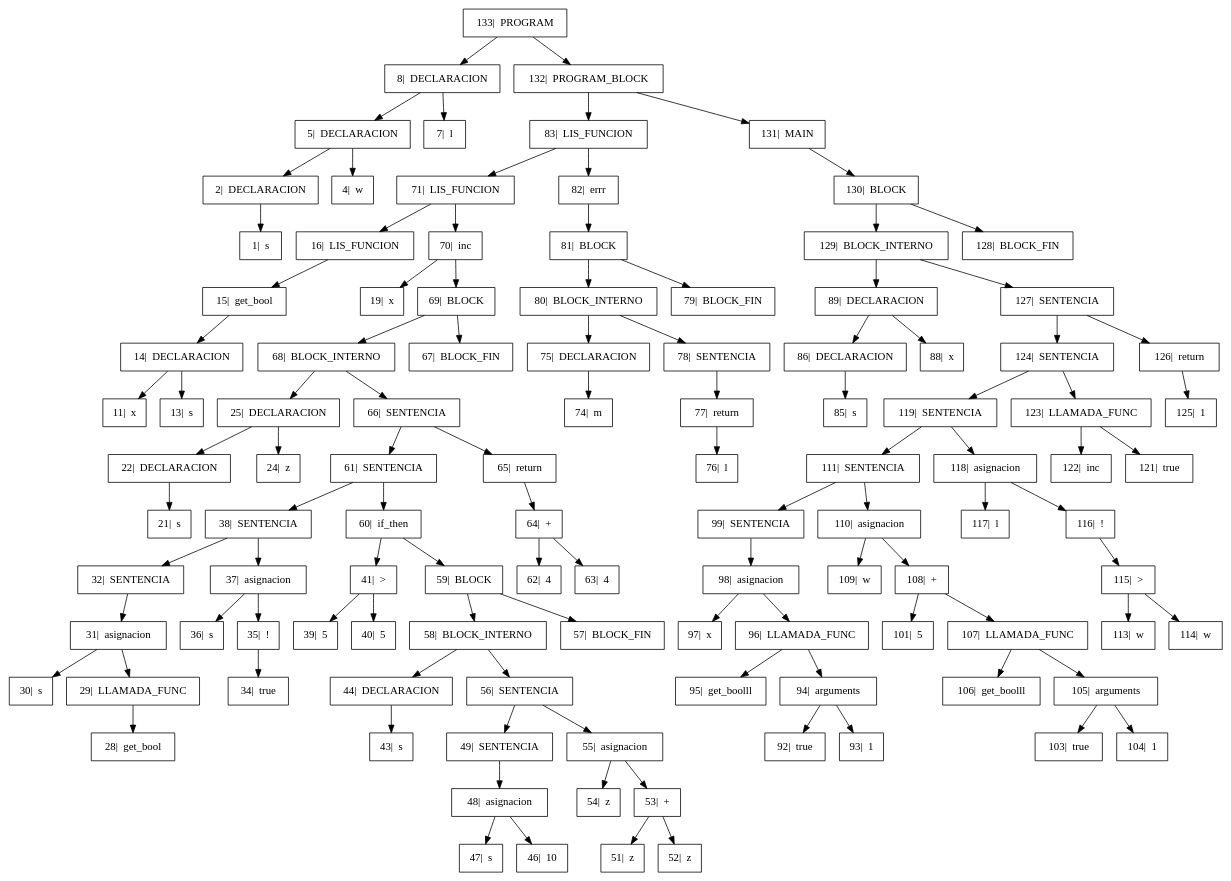
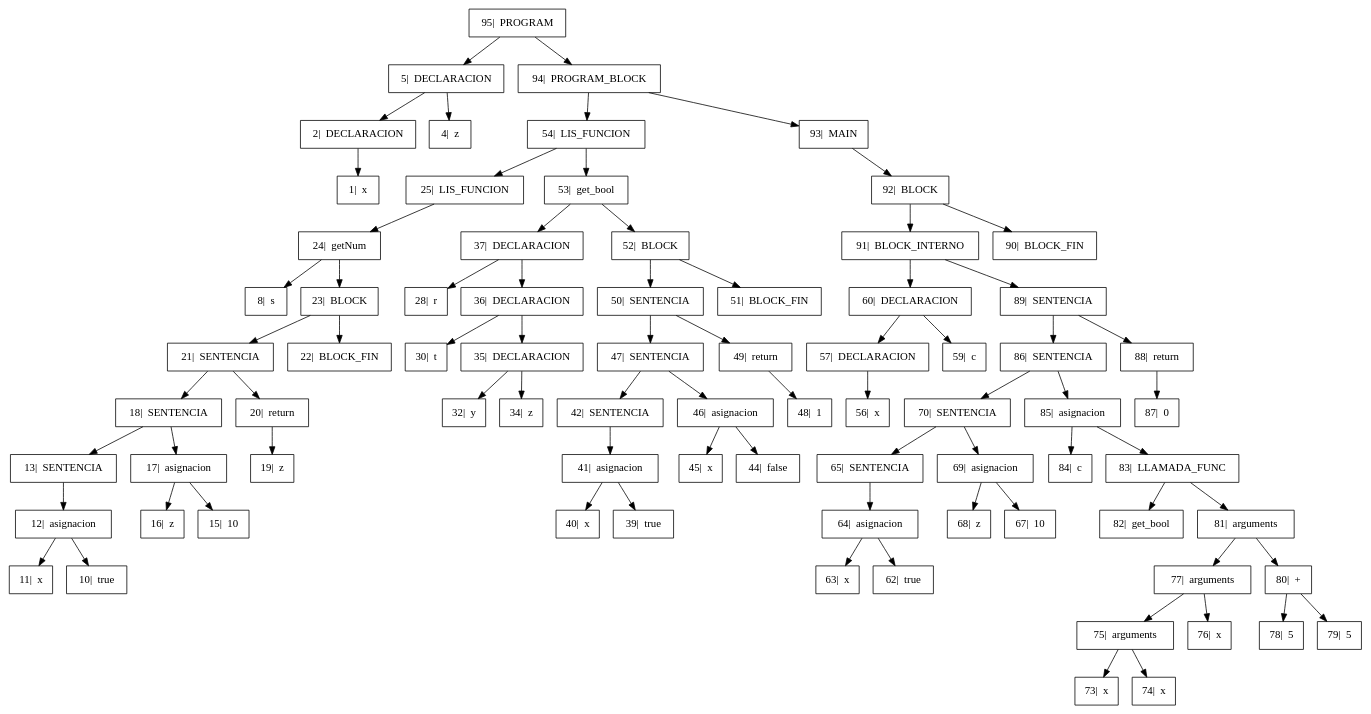
Before and after one commit to GiovA07/PRE-PROYECTO-COMPILADORES: the diagram in Proyecto/output/Arbol.dot, drawn with Graphviz. The commit also changed 5 other files, not shown here.

```diff
--- a/Proyecto/output/Arbol.dot
+++ b/Proyecto/output/Arbol.dot
@@ -1,69 +1,49 @@
 digraph{
 
 rankdir=TB;
 
 node[shape=box];
-"133|  PROGRAM" -> "8|  DECLARACION", "132|  PROGRAM_BLOCK";
-"8|  DECLARACION" -> "5|  DECLARACION", "7|  l";
-"5|  DECLARACION" -> "2|  DECLARACION", "4|  w";
-"2|  DECLARACION" -> "1|  s" ;
-"132|  PROGRAM_BLOCK" -> "83|  LIS_FUNCION", "131|  MAIN";
-"83|  LIS_FUNCION" -> "71|  LIS_FUNCION", "82|  errr";
-"71|  LIS_FUNCION" -> "16|  LIS_FUNCION", "70|  inc";
-"16|  LIS_FUNCION" -> "15|  get_bool" ;
-"15|  get_bool" -> "14|  DECLARACION" ;
-"14|  DECLARACION" -> "11|  x", "13|  s";
-"70|  inc" -> "19|  x", "69|  BLOCK";
-"69|  BLOCK" -> "68|  BLOCK_INTERNO", "67|  BLOCK_FIN";
-"68|  BLOCK_INTERNO" -> "25|  DECLARACION", "66|  SENTENCIA";
-"25|  DECLARACION" -> "22|  DECLARACION", "24|  z";
-"22|  DECLARACION" -> "21|  s" ;
-"66|  SENTENCIA" -> "61|  SENTENCIA", "65|  return";
-"61|  SENTENCIA" -> "38|  SENTENCIA", "60|  if_then";
-"38|  SENTENCIA" -> "32|  SENTENCIA", "37|  asignacion";
-"32|  SENTENCIA" -> "31|  asignacion" ;
-"31|  asignacion" -> "30|  s", "29|  LLAMADA_FUNC";
-"29|  LLAMADA_FUNC" -> "28|  get_bool" ;
-"37|  asignacion" -> "36|  s", "35|  !";
-"35|  !" -> "34|  true" ;
-"60|  if_then" -> "41|  >", "59|  BLOCK";
-"41|  >" -> "39|  5", "40|  5";
-"59|  BLOCK" -> "58|  BLOCK_INTERNO", "57|  BLOCK_FIN";
-"58|  BLOCK_INTERNO" -> "44|  DECLARACION", "56|  SENTENCIA";
-"44|  DECLARACION" -> "43|  s" ;
-"56|  SENTENCIA" -> "49|  SENTENCIA", "55|  asignacion";
-"49|  SENTENCIA" -> "48|  asignacion" ;
-"48|  asignacion" -> "47|  s", "46|  10";
-"55|  asignacion" -> "54|  z", "53|  +";
-"53|  +" -> "51|  z", "52|  z";
-"65|  return" -> "64|  +" ;
-"64|  +" -> "62|  4", "63|  4";
-"82|  errr" -> "81|  BLOCK" ;
-"81|  BLOCK" -> "80|  BLOCK_INTERNO", "79|  BLOCK_FIN";
-"80|  BLOCK_INTERNO" -> "75|  DECLARACION", "78|  SENTENCIA";
-"75|  DECLARACION" -> "74|  m" ;
-"78|  SENTENCIA" -> "77|  return" ;
-"77|  return" -> "76|  l" ;
-"131|  MAIN" -> "130|  BLOCK" ;
-"130|  BLOCK" -> "129|  BLOCK_INTERNO", "128|  BLOCK_FIN";
-"129|  BLOCK_INTERNO" -> "89|  DECLARACION", "127|  SENTENCIA";
-"89|  DECLARACION" -> "86|  DECLARACION", "88|  x";
-"86|  DECLARACION" -> "85|  s" ;
-"127|  SENTENCIA" -> "124|  SENTENCIA", "126|  return";
-"124|  SENTENCIA" -> "119|  SENTENCIA", "123|  LLAMADA_FUNC";
-"119|  SENTENCIA" -> "111|  SENTENCIA", "118|  asignacion";
-"111|  SENTENCIA" -> "99|  SENTENCIA", "110|  asignacion";
-"99|  SENTENCIA" -> "98|  asignacion" ;
-"98|  asignacion" -> "97|  x", "96|  LLAMADA_FUNC";
-"96|  LLAMADA_FUNC" -> "95|  get_boolll", "94|  arguments";
-"94|  arguments" -> "92|  true", "93|  1";
-"110|  asignacion" -> "109|  w", "108|  +";
-"108|  +" -> "101|  5", "107|  LLAMADA_FUNC";
-"107|  LLAMADA_FUNC" -> "106|  get_boolll", "105|  arguments";
-"105|  arguments" -> "103|  true", "104|  1";
-"118|  asignacion" -> "117|  l", "116|  !";
-"116|  !" -> "115|  >" ;
-"115|  >" -> "113|  w", "114|  w";
-"123|  LLAMADA_FUNC" -> "122|  inc", "121|  true";
-"126|  return" -> "125|  1" ;
+"95|  PROGRAM" -> "5|  DECLARACION", "94|  PROGRAM_BLOCK";
+"5|  DECLARACION" -> "2|  DECLARACION", "4|  z";
+"2|  DECLARACION" -> "1|  x" ;
+"94|  PROGRAM_BLOCK" -> "54|  LIS_FUNCION", "93|  MAIN";
+"54|  LIS_FUNCION" -> "25|  LIS_FUNCION", "53|  get_bool";
+"25|  LIS_FUNCION" -> "24|  getNum" ;
+"24|  getNum" -> "8|  s", "23|  BLOCK";
+"23|  BLOCK" -> "21|  SENTENCIA", "22|  BLOCK_FIN";
+"21|  SENTENCIA" -> "18|  SENTENCIA", "20|  return";
+"18|  SENTENCIA" -> "13|  SENTENCIA", "17|  asignacion";
+"13|  SENTENCIA" -> "12|  asignacion" ;
+"12|  asignacion" -> "11|  x", "10|  true";
+"17|  asignacion" -> "16|  z", "15|  10";
+"20|  return" -> "19|  z" ;
+"53|  get_bool" -> "37|  DECLARACION", "52|  BLOCK";
+"37|  DECLARACION" -> "28|  r", "36|  DECLARACION";
+"36|  DECLARACION" -> "30|  t", "35|  DECLARACION";
+"35|  DECLARACION" -> "32|  y", "34|  z";
+"52|  BLOCK" -> "50|  SENTENCIA", "51|  BLOCK_FIN";
+"50|  SENTENCIA" -> "47|  SENTENCIA", "49|  return";
+"47|  SENTENCIA" -> "42|  SENTENCIA", "46|  asignacion";
+"42|  SENTENCIA" -> "41|  asignacion" ;
+"41|  asignacion" -> "40|  x", "39|  true";
+"46|  asignacion" -> "45|  x", "44|  false";
+"49|  return" -> "48|  1" ;
+"93|  MAIN" -> "92|  BLOCK" ;
+"92|  BLOCK" -> "91|  BLOCK_INTERNO", "90|  BLOCK_FIN";
+"91|  BLOCK_INTERNO" -> "60|  DECLARACION", "89|  SENTENCIA";
+"60|  DECLARACION" -> "57|  DECLARACION", "59|  c";
+"57|  DECLARACION" -> "56|  x" ;
+"89|  SENTENCIA" -> "86|  SENTENCIA", "88|  return";
+"86|  SENTENCIA" -> "70|  SENTENCIA", "85|  asignacion";
+"70|  SENTENCIA" -> "65|  SENTENCIA", "69|  asignacion";
+"65|  SENTENCIA" -> "64|  asignacion" ;
+"64|  asignacion" -> "63|  x", "62|  true";
+"69|  asignacion" -> "68|  z", "67|  10";
+"85|  asignacion" -> "84|  c", "83|  LLAMADA_FUNC";
+"83|  LLAMADA_FUNC" -> "82|  get_bool", "81|  arguments";
+"81|  arguments" -> "77|  arguments", "80|  +";
+"77|  arguments" -> "75|  arguments", "76|  x";
+"75|  arguments" -> "73|  x", "74|  x";
+"80|  +" -> "78|  5", "79|  5";
+"88|  return" -> "87|  0" ;
 }
```
